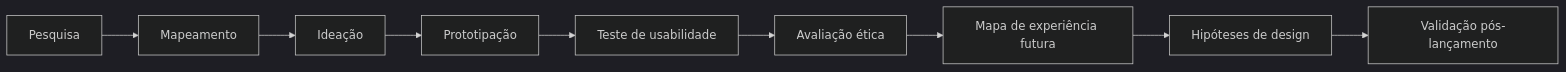
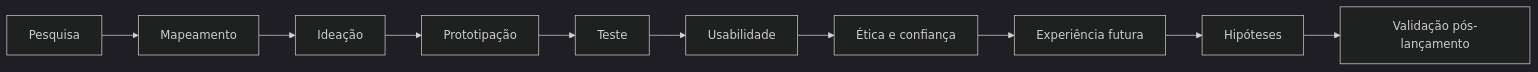
The first of 17 diagrams in portfolio.md (sanfergio/at-ux-infnet), drawn with Mermaid (dark theme) before and after one commit. The commit also changed other lines of this file, not shown here.

````diff
--- a/portfolio.md
+++ b/portfolio.md
@@ -28,11 +49,12 @@
 ```mermaid
 flowchart LR
     A["Pesquisa"] --> B["Mapeamento"]
     B --> C["Ideação"]
     C --> D["Prototipação"]
-    D --> E["Teste de usabilidade"]
-    E --> F["Avaliação ética"]
-    F --> G["Mapa de experiência futura"]
-    G --> H["Hipóteses de design"]
-    H --> I["Validação pós-lançamento"]
+    D --> E["Teste"]
+    E --> F["Usabilidade"]
+    F --> G["Ética e confiança"]
+    G --> H["Experiência futura"]
+    H --> I["Hipóteses"]
+    I --> J["Validação pós-lançamento"]
 ```
````
